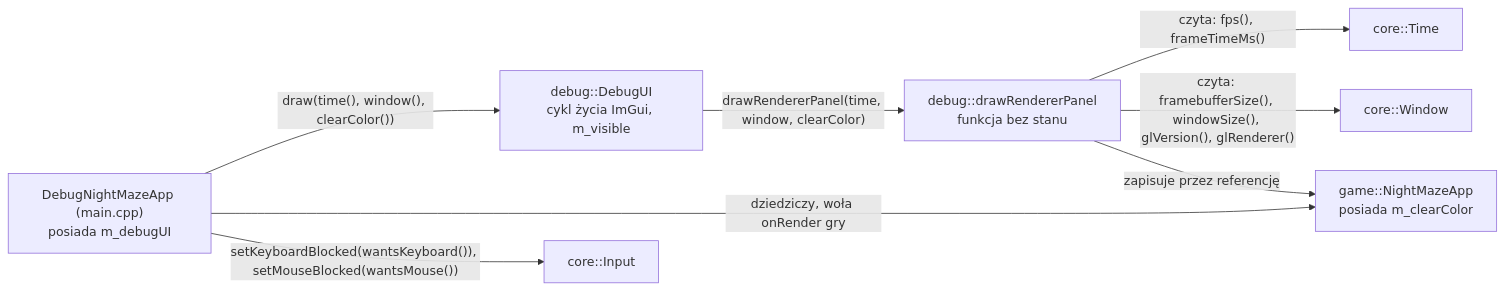
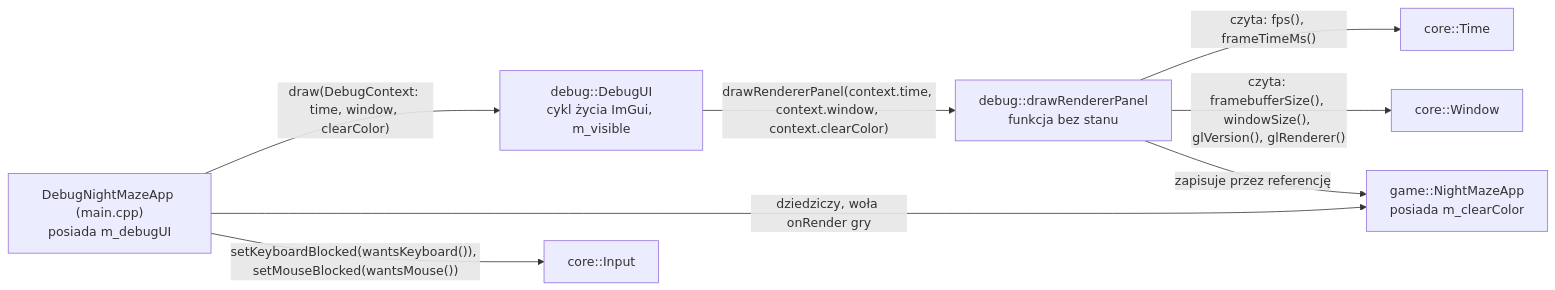
The second of 2 diagrams in docs/modules/debug-ui.md (Shironex/night-maze), drawn with Mermaid before and after one commit. The commit also changed other lines of this file and 10 other files, not shown here.

First line of the commit message:
refactor(debug): pass one context struct to DebugUI::draw

````diff
--- a/docs/modules/debug-ui.md
+++ b/docs/modules/debug-ui.md
@@ -151,10 +152,10 @@
 ```mermaid
 flowchart LR
-    Main["DebugNightMazeApp (main.cpp)<br/>posiada m_debugUI"] -->|"draw(time(), window(), clearColor())"| UI["debug::DebugUI<br/>cykl życia ImGui, m_visible"]
+    Main["DebugNightMazeApp (main.cpp)<br/>posiada m_debugUI"] -->|"draw(DebugContext: time, window, clearColor)"| UI["debug::DebugUI<br/>cykl życia ImGui, m_visible"]
     Main -->|"dziedziczy, woła onRender gry"| Game["game::NightMazeApp<br/>posiada m_clearColor"]
     Main -->|"setKeyboardBlocked(wantsKeyboard()), setMouseBlocked(wantsMouse())"| In["core::Input"]
-    UI -->|"drawRendererPanel(time, window, clearColor)"| Panel["debug::drawRendererPanel<br/>funkcja bez stanu"]
+    UI -->|"drawRendererPanel(context.time, context.window, context.clearColor)"| Panel["debug::drawRendererPanel<br/>funkcja bez stanu"]
     Panel -->|"czyta: fps(), frameTimeMs()"| Time["core::Time"]
     Panel -->|"czyta: framebufferSize(), windowSize(), glVersion(), glRenderer()"| Win["core::Window"]
     Panel -->|"zapisuje przez referencję"| Game
 ```
````
